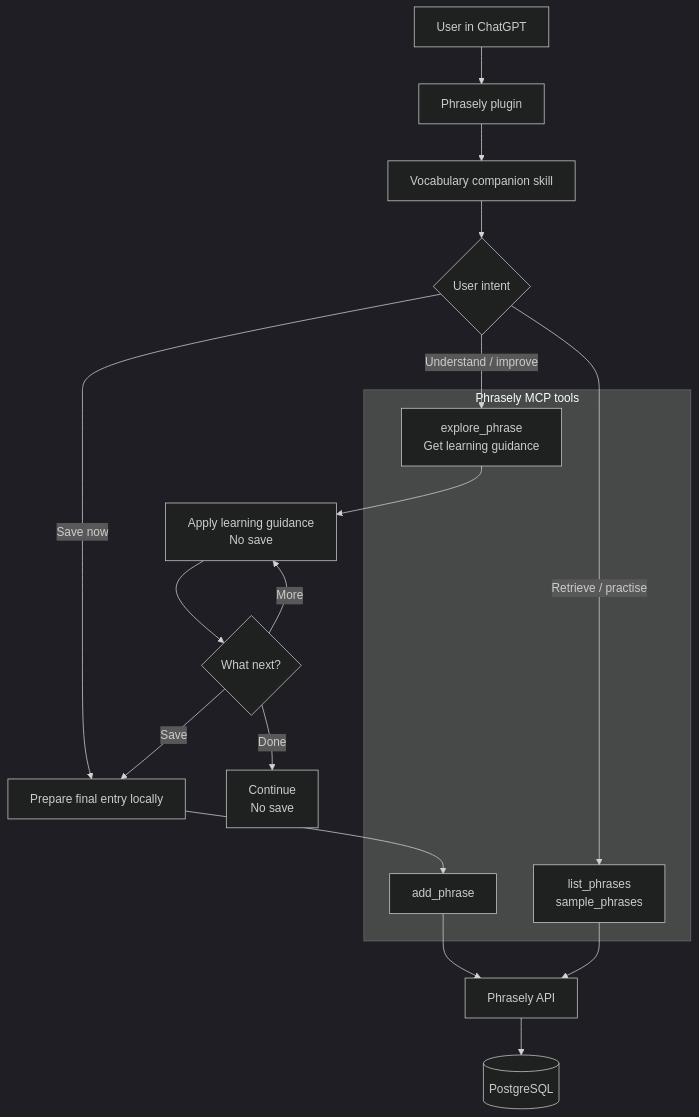
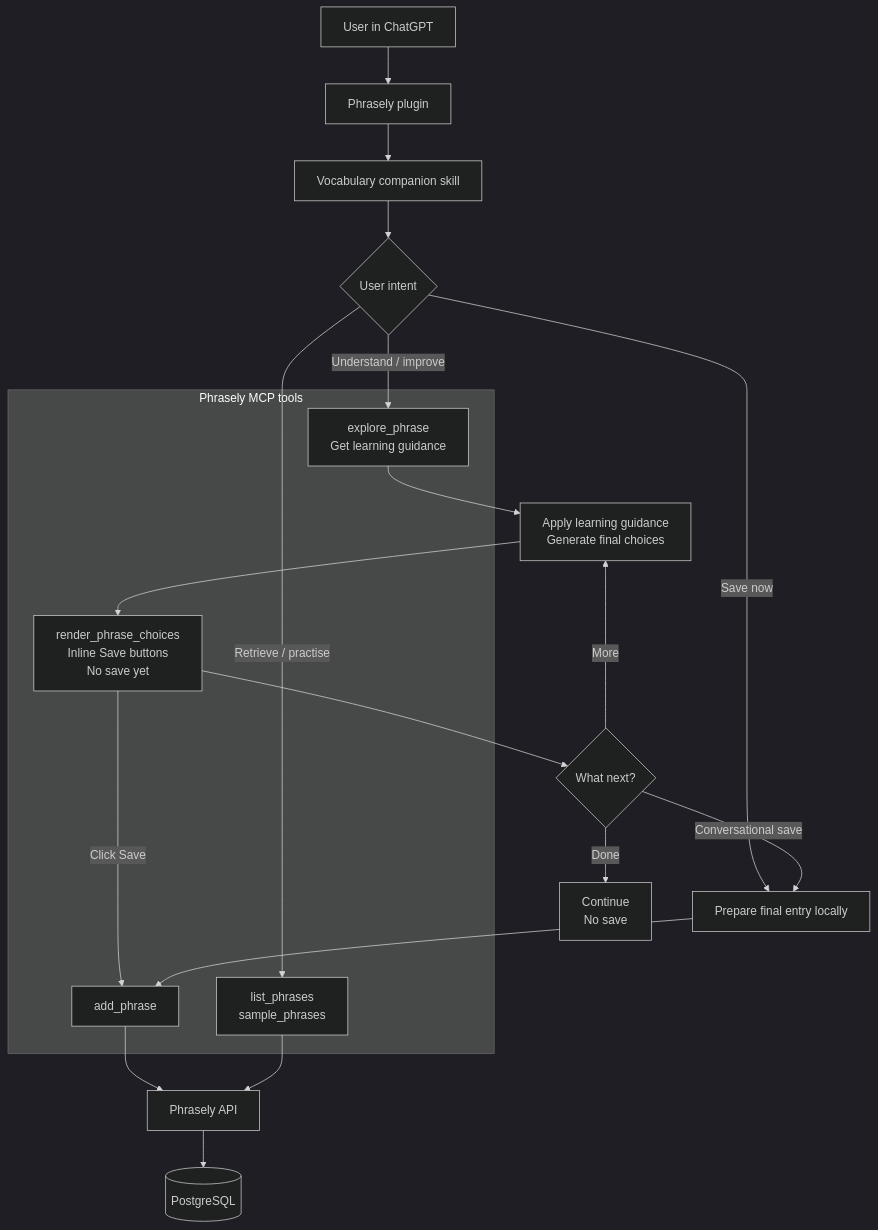
The diagram in README.md (andreistefanciprian/phrasely), drawn with Mermaid (dark theme) before and after one commit. The commit also changed other lines of this file and 9 other files, not shown here.

````diff
--- a/README.md
+++ b/README.md
@@ -25,28 +25,31 @@
 ```mermaid
 flowchart TB
     U["User in ChatGPT"] --> P["Phrasely plugin"]
     P --> S["Vocabulary companion skill"]
     S --> I{"User intent"}
 
     I -->|"Understand / improve"| Q
-    Q --> C["Apply learning guidance<br/>No save"]
-    C --> D{"What next?"}
+    Q --> C["Apply learning guidance<br/>Generate final choices"]
+    C --> V["render_phrase_choices<br/>Inline Save buttons<br/>No save yet"]
+    V --> D{"What next?"}
     D -->|"More"| C
     D -->|"Done"| X["Continue<br/>No save"]
 
     I -->|"Save now"| E["Prepare final entry locally"]
-    D -->|"Save"| E
+    V -->|"Click Save"| A
+    D -->|"Conversational save"| E
     E --> A
 
     I -->|"Retrieve / practise"| R
 
     subgraph MCP["Phrasely MCP tools"]
         Q["explore_phrase<br/>Get learning guidance"]
+        V
         A["add_phrase"]
         R["list_phrases<br/>sample_phrases"]
     end
 
     A --> API["Phrasely API"]
     R --> API
     API --> DB[("PostgreSQL")]
 ```
````
